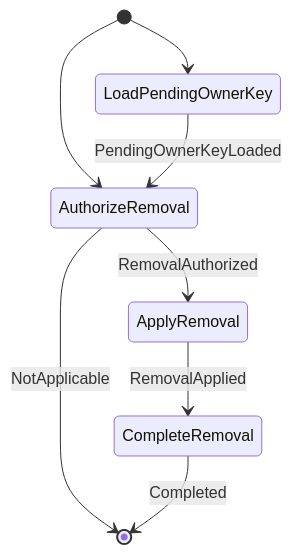
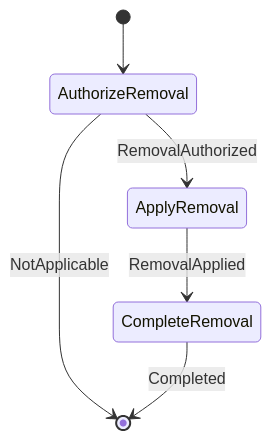
One commit to cbgm/Sparrow changed diagram 19 of 30 in docs/architecture/workflows/incoming.md. Above: the diagram before and after it, drawn with Mermaid. The commit also changed other lines of this file and 149 other files, not shown here.

````diff
--- a/docs/architecture/workflows/incoming.md
+++ b/docs/architecture/workflows/incoming.md
@@ -524,10 +521,8 @@
 ```mermaid
 stateDiagram-v2
-    [*] --> LoadPendingOwnerKey
     [*] --> AuthorizeRemoval
-    LoadPendingOwnerKey --> AuthorizeRemoval : PendingOwnerKeyLoaded
     AuthorizeRemoval --> [*] : NotApplicable
     AuthorizeRemoval --> ApplyRemoval : RemovalAuthorized
     ApplyRemoval --> CompleteRemoval : RemovalApplied
     CompleteRemoval --> [*] : Completed
 ```
````
